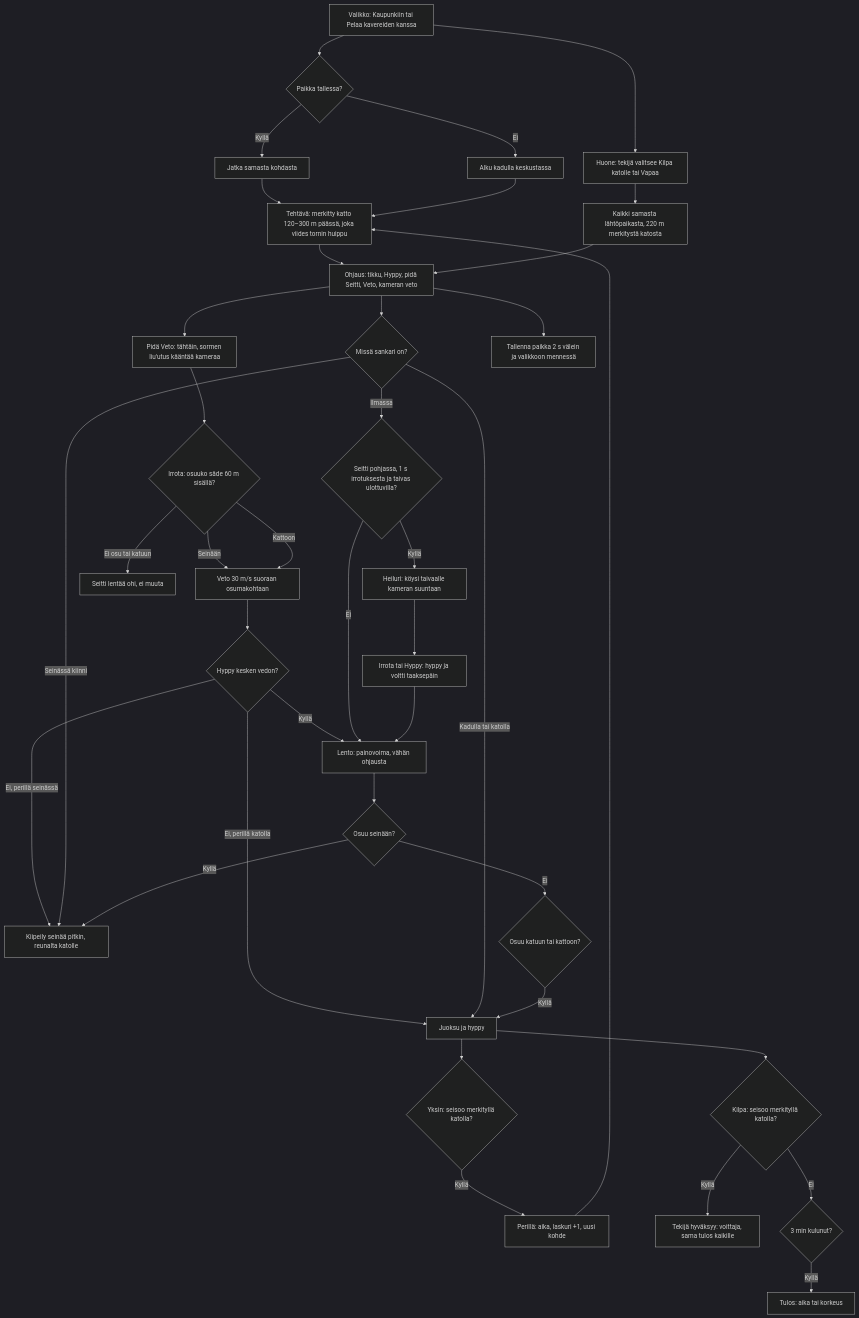
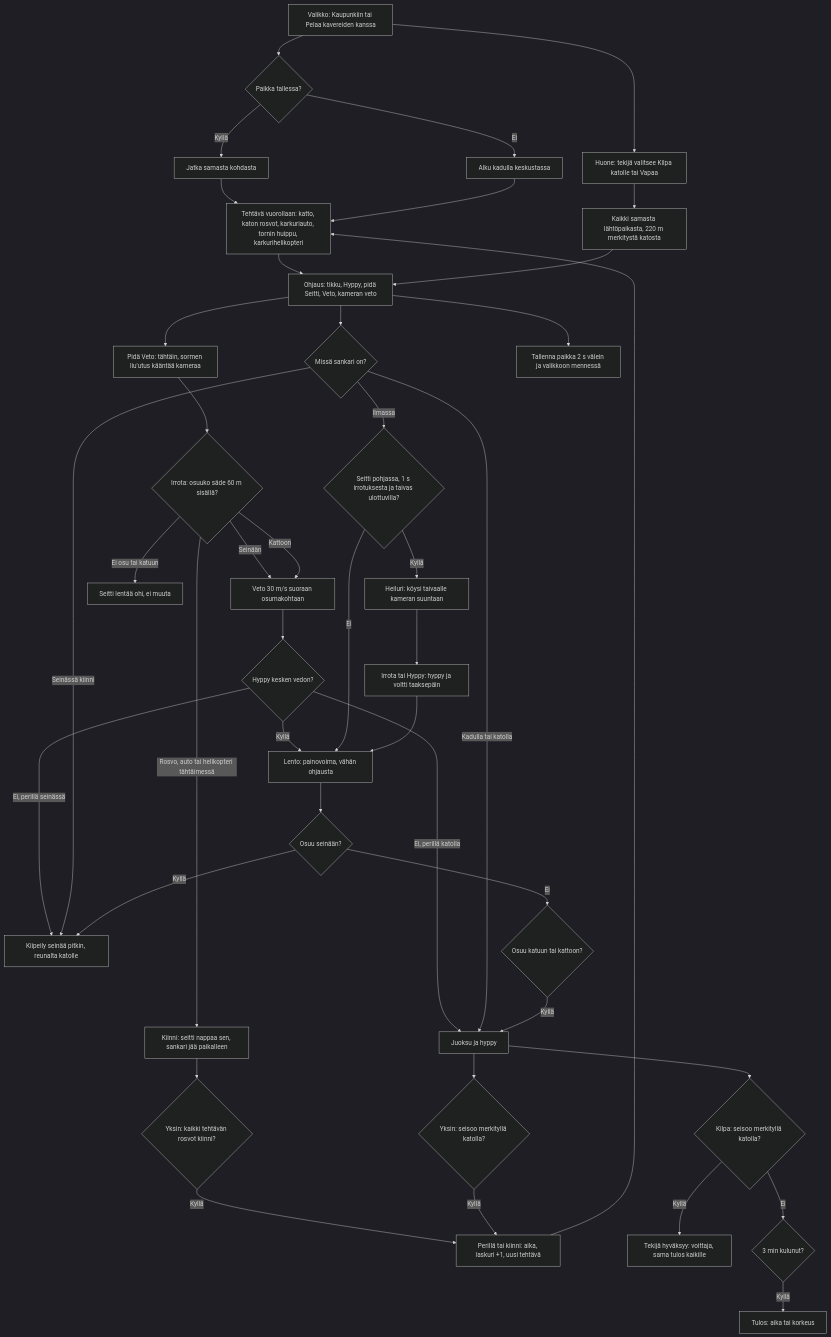
One commit to eerovil/ai-pelit changed the diagram in docs/diagrams/seittisankari.md. Above: the diagram before and after it, drawn with Mermaid (dark theme). The commit also changed other lines of this file and 6 other files, not shown here.

````diff
--- a/docs/diagrams/seittisankari.md
+++ b/docs/diagrams/seittisankari.md
@@ -5,48 +5,51 @@
 ```mermaid
 flowchart TD
     A[Valikko: Kaupunkiin tai Pelaa kavereiden kanssa] --> B{Paikka tallessa?}
     B -- Kyllä --> C[Jatka samasta kohdasta]
     B -- Ei --> D[Alku kadulla keskustassa]
     C --> Y
-    D --> Y[Tehtävä: merkitty katto 120–300 m päässä, joka viides tornin huippu]
+    D --> Y[Tehtävä vuorollaan: katto, katon rosvot, karkuriauto, tornin huippu, karkurihelikopteri]
     Y --> E[Ohjaus: tikku, Hyppy, pidä Seitti, Veto, kameran veto]
     E --> P1[Pidä Veto: tähtäin, sormen liu'utus kääntää kameraa]
     P1 --> P2{Irrota: osuuko säde 60 m sisällä?}
     P2 -- Seinään --> P3[Veto 30 m/s suoraan osumakohtaan]
     P2 -- Kattoon --> P3
     P2 -- Ei osu tai katuun --> P4[Seitti lentää ohi, ei muuta]
+    P2 -- Rosvo, auto tai helikopteri tähtäimessä --> Q1[Kiinni: seitti nappaa sen, sankari jää paikalleen]
+    Q1 --> Q2{Yksin: kaikki tehtävän rosvot kiinni?}
+    Q2 -- Kyllä --> ZA
     P3 --> P5{Hyppy kesken vedon?}
     P5 -- Kyllä --> K
     P5 -- Ei, perillä seinässä --> H
     P5 -- Ei, perillä katolla --> G
     E --> F{Missä sankari on?}
     F -- Kadulla tai katolla --> G[Juoksu ja hyppy]
     F -- Seinässä kiinni --> H[Kiipeily seinää pitkin, reunalta katolle]
     F -- Ilmassa --> I{Seitti pohjassa, 1 s irrotuksesta ja taivas ulottuvilla?}
     I -- Kyllä --> J[Heiluri: köysi taivaalle kameran suuntaan]
     I -- Ei --> K[Lento: painovoima, vähän ohjausta]
     J --> L[Irrota tai Hyppy: hyppy ja voltti taaksepäin]
     L --> K
     K --> M{Osuu seinään?}
     M -- Kyllä --> H
     M -- Ei --> N{Osuu katuun tai kattoon?}
     N -- Kyllä --> G
     E --> T[Tallenna paikka 2 s välein ja valikkoon mennessä]
     A --> R[Huone: tekijä valitsee Kilpa katolle tai Vapaa]
     R --> S[Kaikki samasta lähtöpaikasta, 220 m merkitystä katosta]
     S --> E
     G --> Z{Yksin: seisoo merkityllä katolla?}
-    Z -- Kyllä --> ZA[Perillä: aika, laskuri +1, uusi kohde]
+    Z -- Kyllä --> ZA[Perillä tai kiinni: aika, laskuri +1, uusi tehtävä]
     ZA --> Y
     G --> U{Kilpa: seisoo merkityllä katolla?}
     U -- Kyllä --> V[Tekijä hyväksyy: voittaja, sama tulos kaikille]
     U -- Ei --> W{3 min kulunut?}
     W -- Kyllä --> X[Tulos: aika tai korkeus]
     class A,B,C,D blue
-    class Y,Z,ZA rose
+    class Y,Z,ZA,Q1,Q2 rose
     class E,G,H violet
     class I,J,K,L,M,N teal
     class P1,P2,P3,P4,P5 teal
     class R,S,U,V,W,X green
     class T amber
 ```
````
